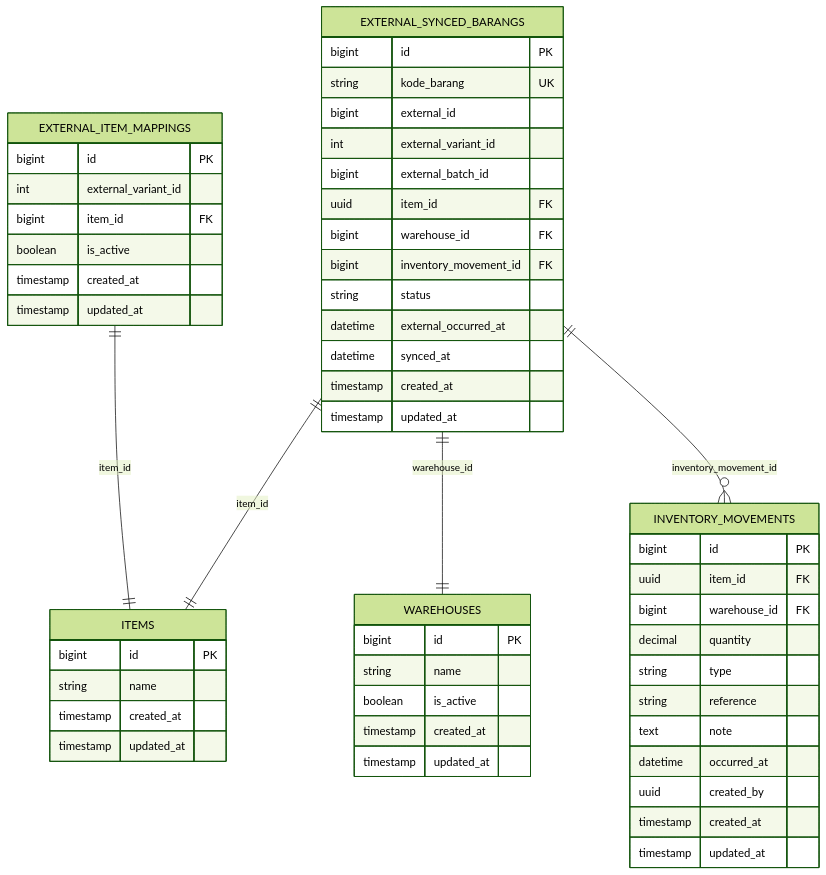
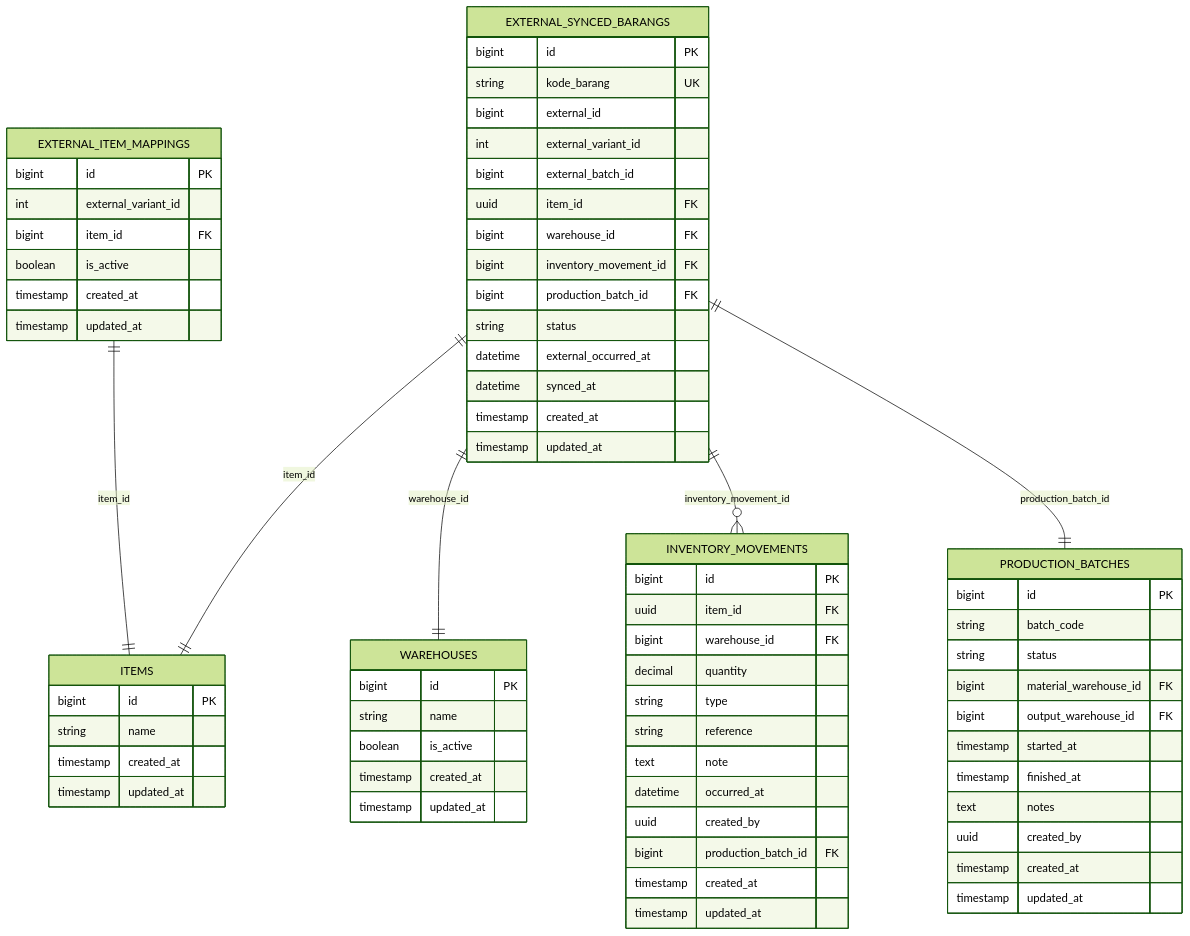
Before and after one commit to Dikksap/laravel_RsvHelmet: the third of 4 diagrams in .qoder/repowiki/en/content/API Reference/Console Commands.md, drawn with Mermaid (forest theme). The commit also changed other lines of this file and 129 other files, not shown here.

````diff
--- a/.qoder/repowiki/en/content/API Reference/Console Commands.md
+++ b/.qoder/repowiki/en/content/API Reference/Console Commands.md
@@ -208,56 +234,72 @@
 ```mermaid
 erDiagram
 EXTERNAL_SYNCED_BARANGS {
 bigint id PK
 string kode_barang UK
 bigint external_id
 int external_variant_id
 bigint external_batch_id
 uuid item_id FK
 bigint warehouse_id FK
 bigint inventory_movement_id FK
+bigint production_batch_id FK
 string status
 datetime external_occurred_at
 datetime synced_at
 timestamp created_at
 timestamp updated_at
 }
 INVENTORY_MOVEMENTS {
 bigint id PK
 uuid item_id FK
 bigint warehouse_id FK
 decimal quantity
 string type
 string reference
 text note
 datetime occurred_at
 uuid created_by
+bigint production_batch_id FK
 timestamp created_at
 timestamp updated_at
 }
 WAREHOUSES {
 bigint id PK
 string name
 boolean is_active
 timestamp created_at
 timestamp updated_at
 }
 ITEMS {
 bigint id PK
 string name
 timestamp created_at
 timestamp updated_at
 }
 EXTERNAL_ITEM_MAPPINGS {
 bigint id PK
 int external_variant_id
 bigint item_id FK
 boolean is_active
 timestamp created_at
 timestamp updated_at
 }
+PRODUCTION_BATCHES {
+bigint id PK
+string batch_code
+string status
+bigint material_warehouse_id FK
+bigint output_warehouse_id FK
+timestamp started_at
+timestamp finished_at
+text notes
+uuid created_by
+timestamp created_at
+timestamp updated_at
+}
 EXTERNAL_SYNCED_BARANGS ||--|| ITEMS : "item_id"
 EXTERNAL_SYNCED_BARANGS ||--|| WAREHOUSES : "warehouse_id"
 EXTERNAL_SYNCED_BARANGS ||--o{ INVENTORY_MOVEMENTS : "inventory_movement_id"
+EXTERNAL_SYNCED_BARANGS ||--|| PRODUCTION_BATCHES : "production_batch_id"
 EXTERNAL_ITEM_MAPPINGS ||--|| ITEMS : "item_id"
 ```
````
